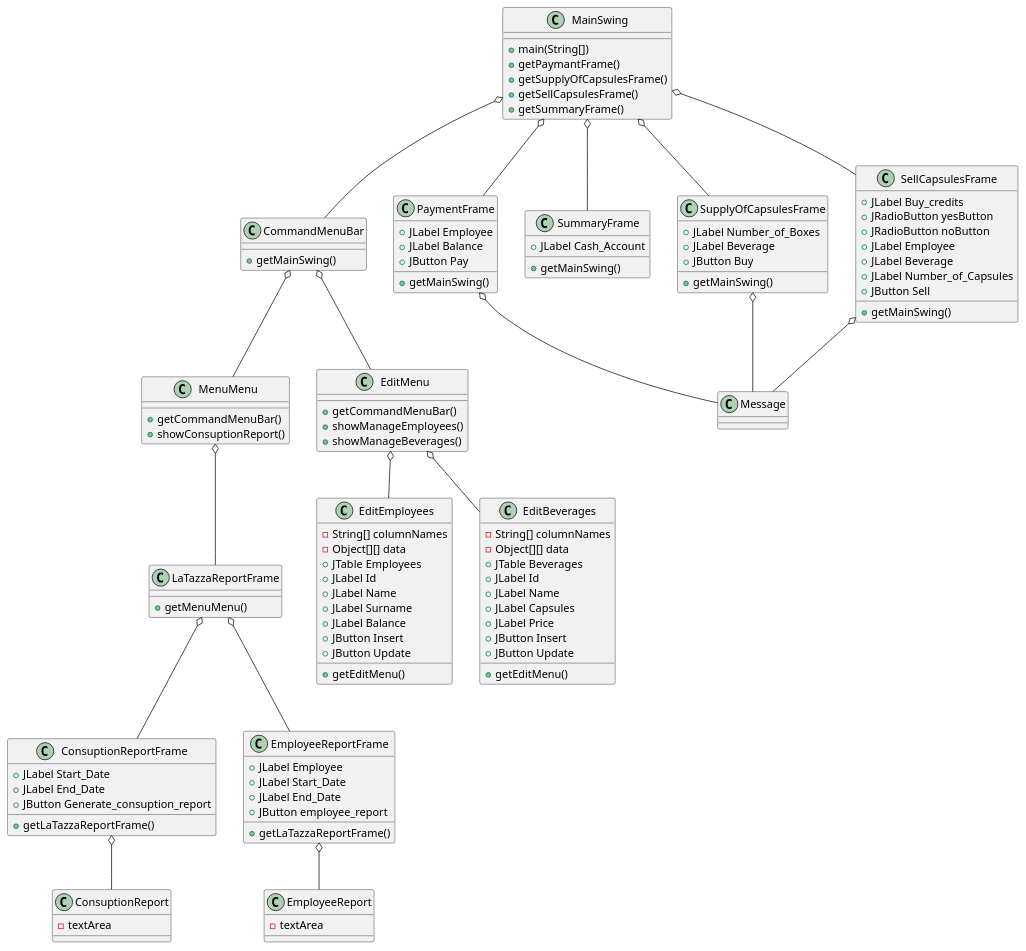
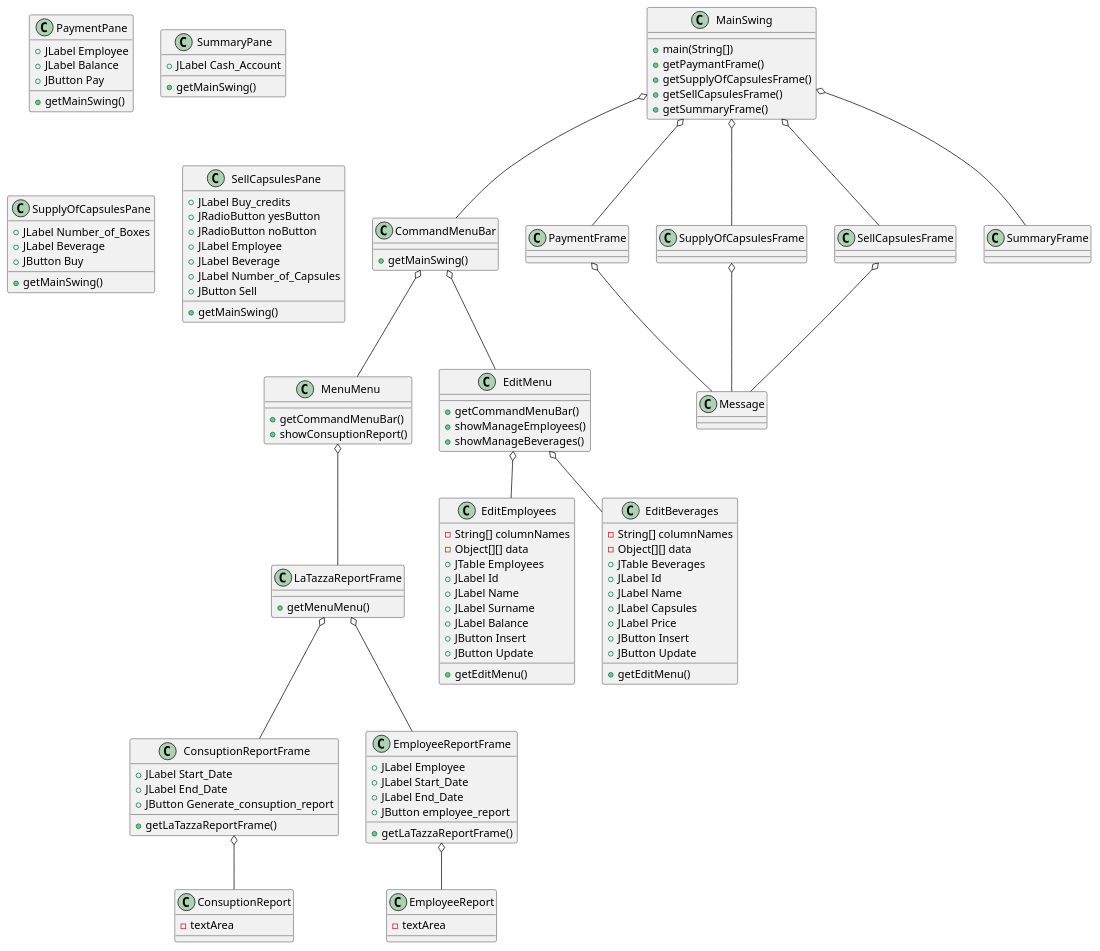
Before and after one commit to salvatore-dimartino/LaTazza: the fifth of 7 diagrams in templates/DesignDocumentTemplate.md, drawn with PlantUML.

```diff
--- a/templates/DesignDocumentTemplate.md
+++ b/templates/DesignDocumentTemplate.md
@@ -297,7 +297,7 @@
     +getSummaryFrame()
 }
 
-class PaymentFrame {
+class PaymentPane {
     +JLabel Employee
     +JLabel Balance
     +JButton Pay
@@ -308,7 +308,7 @@
     +getMainSwing()
 }
 
-class SummaryFrame {
+class SummaryPane {
     +JLabel Cash_Account
     +getMainSwing()
 }
@@ -324,14 +324,14 @@
     +showManageBeverages()
 }
 
-class SupplyOfCapsulesFrame {
+class SupplyOfCapsulesPane {
     +JLabel Number_of_Boxes
     +JLabel Beverage
     +JButton Buy
     +getMainSwing()
 }
 
-class SellCapsulesFrame {
+class SellCapsulesPane {
     +JLabel Buy_credits
     +JRadioButton yesButton
     +JRadioButton noButton
```
